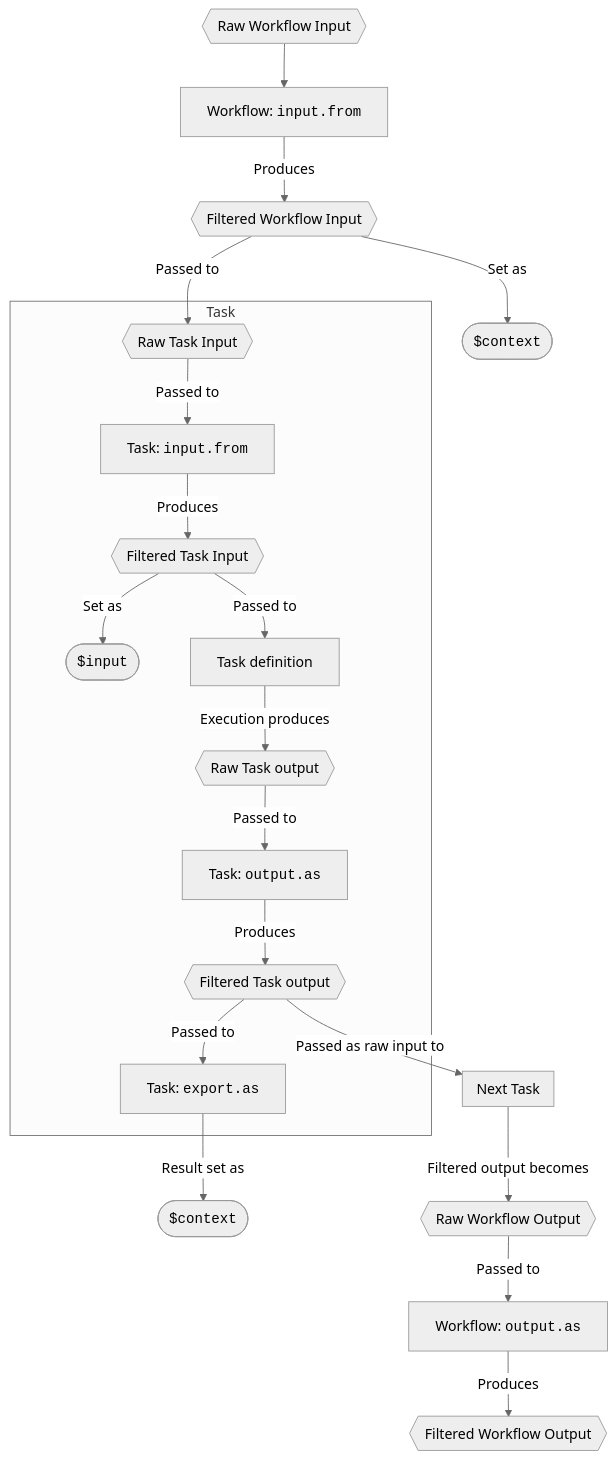
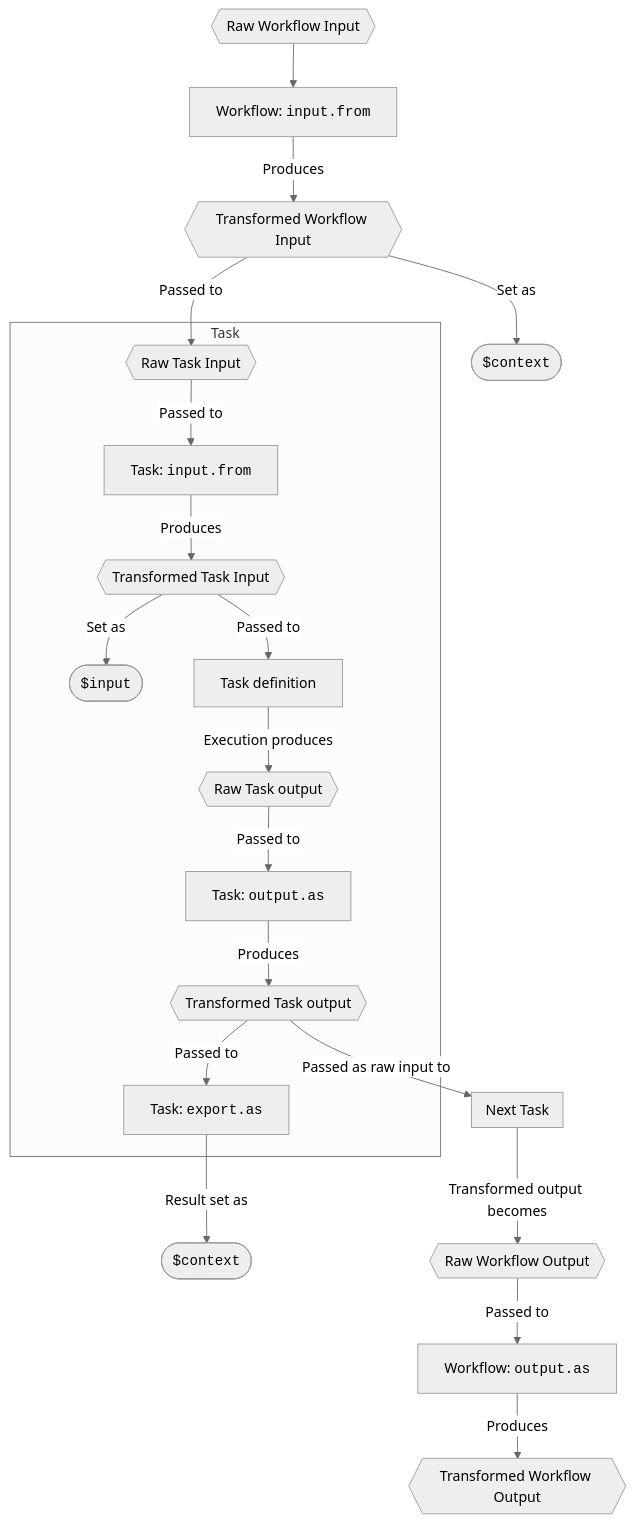
One commit to serverlessworkflow/specification changed the diagram in dsl.md. Above: the diagram before and after it, drawn with Mermaid (neutral theme). The commit also changed other lines of this file and 1 other file, not shown here.

````diff
--- a/dsl.md
+++ b/dsl.md
@@ -185,53 +185,53 @@
 ```mermaid
 flowchart TD
 
   initial_context_arg([<code>$context</code>])
   context_arg([<code>$context</code>])
   input_arg([<code>$input</code>])
 
   workflow_raw_input{{Raw Workflow Input}}
   workflow_input_from[Workflow: <code>input.from</code>]
-  workflow_filtered_input{{Filtered Workflow Input}}
+  workflow_transformed_input{{Transformed Workflow Input}}
 
   task_raw_input{{Raw Task Input}}
   task_input_from[Task: <code>input.from</code>]
-  task_filtered_input{{Filtered Task Input}}
+  task_transformed_input{{Transformed Task Input}}
   task_definition[Task definition]
   task_raw_output{{Raw Task output}}
   task_output_as[Task: <code>output.as</code>]
-  task_filtered_output{{Filtered Task output}}
+  task_transformed_output{{Transformed Task output}}
   task_export_as[Task: <code>export.as</code>]
   
   workflow_raw_output{{Raw Workflow Output}}
   workflow_output_as[Workflow: <code>output.as</code>]
-  workflow_filtered_output{{Filtered Workflow Output}}
+  workflow_transformed_output{{Transformed Workflow Output}}
 
   workflow_raw_input --> workflow_input_from
-  workflow_input_from -- Produces --> workflow_filtered_input
-  workflow_filtered_input -- Set as --> initial_context_arg
-  workflow_filtered_input -- Passed to --> task_raw_input
+  workflow_input_from -- Produces --> workflow_transformed_input
+  workflow_transformed_input -- Set as --> initial_context_arg
+  workflow_transformed_input -- Passed to --> task_raw_input
 
   subgraph Task
 
     task_raw_input -- Passed to --> task_input_from
-    task_input_from -- Produces --> task_filtered_input
-    task_filtered_input -- Set as --> input_arg
-    task_filtered_input -- Passed to --> task_definition
+    task_input_from -- Produces --> task_transformed_input
+    task_transformed_input -- Set as --> input_arg
+    task_transformed_input -- Passed to --> task_definition
 
     task_definition -- Execution produces --> task_raw_output
     task_raw_output -- Passed to --> task_output_as
-    task_output_as -- Produces --> task_filtered_output
-    task_filtered_output -- Passed to --> task_export_as
+    task_output_as -- Produces --> task_transformed_output
+    task_transformed_output -- Passed to --> task_export_as
   end
 
-  task_filtered_output -- Passed as raw input to --> next_task
+  task_transformed_output -- Passed as raw input to --> next_task
 
   subgraph next_task [Next Task]
   end
 
   task_export_as -- Result set as --> context_arg
 
-  next_task -- Filtered output becomes --> workflow_raw_output
+  next_task -- Transformed output becomes --> workflow_raw_output
   workflow_raw_output -- Passed to --> workflow_output_as
-  workflow_output_as -- Produces --> workflow_filtered_output
+  workflow_output_as -- Produces --> workflow_transformed_output
 ```
````
